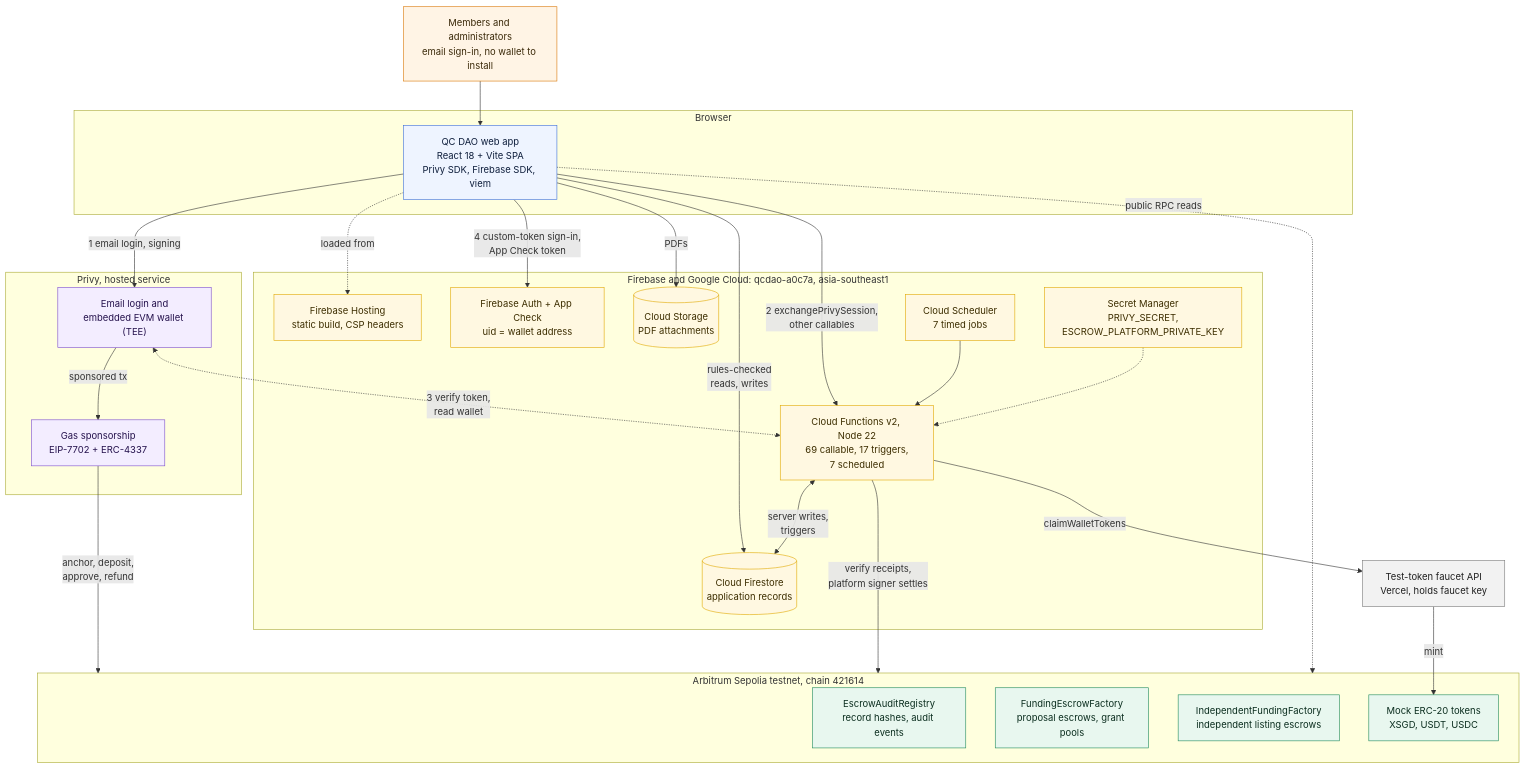
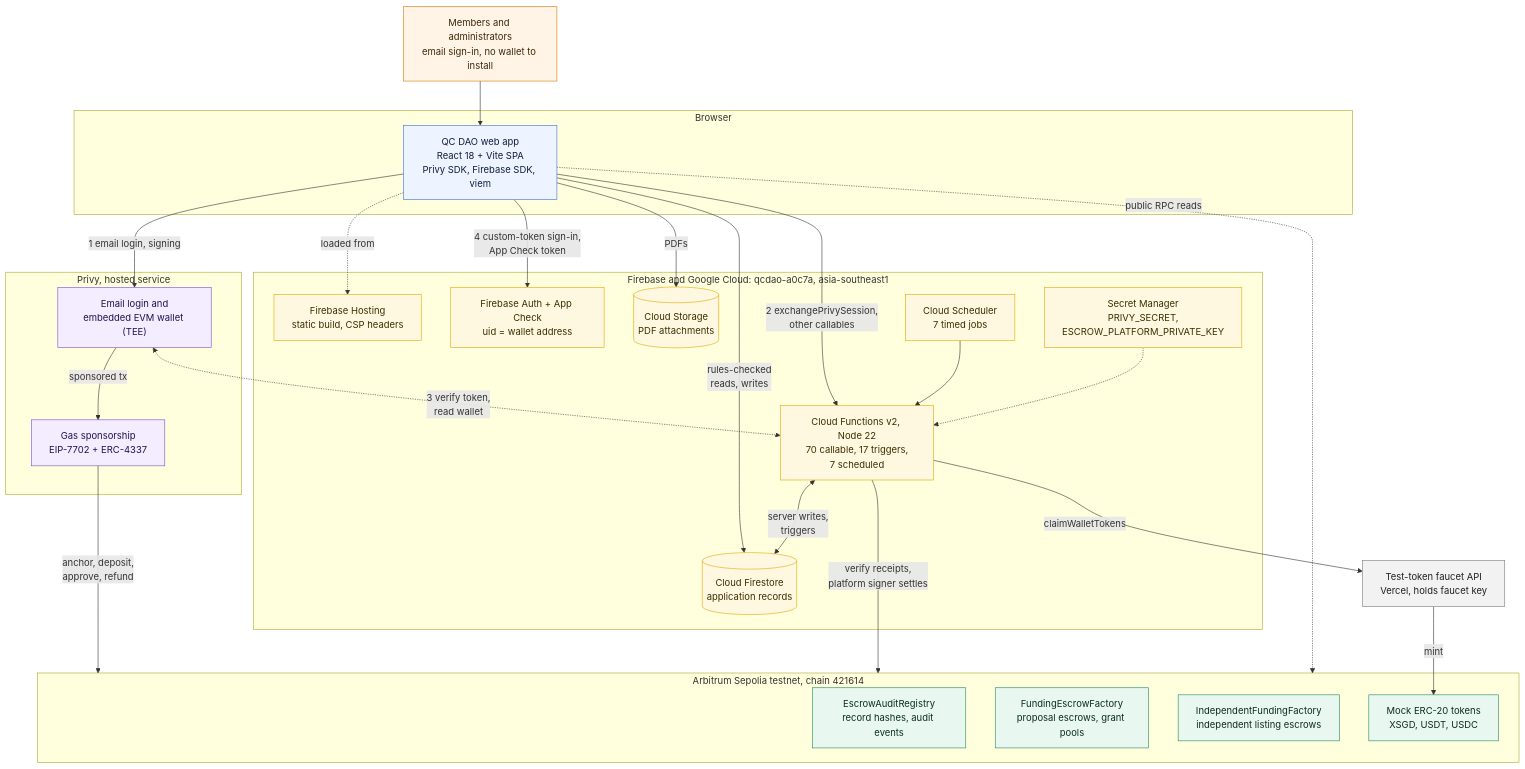
The first of 2 diagrams in gitbook/overview/architecture.md (0xMeePok/smu-qc-dao-project), drawn with Mermaid before and after one commit. The commit also changed other lines of this file and 30 other files, not shown here.

````diff
--- a/gitbook/overview/architecture.md
+++ b/gitbook/overview/architecture.md
@@ -9,63 +9,63 @@
 ```mermaid
 flowchart TB
   users["Members and administrators<br/>email sign-in, no wallet to install"]
 
   subgraph client["Browser"]
     spa["QC DAO web app<br/>React 18 + Vite SPA<br/>Privy SDK, Firebase SDK, viem"]
   end
 
   subgraph privy["Privy, hosted service"]
     plogin["Email login and<br/>embedded EVM wallet (TEE)"]
     pgas["Gas sponsorship<br/>EIP-7702 + ERC-4337"]
   end
 
   subgraph gcp["Firebase and Google Cloud: qcdao-a0c7a, asia-southeast1"]
     hosting["Firebase Hosting<br/>static build, CSP headers"]
     fauth["Firebase Auth + App Check<br/>uid = wallet address"]
     storage[("Cloud Storage<br/>PDF attachments")]
     scheduler["Cloud Scheduler<br/>7 timed jobs"]
     secrets["Secret Manager<br/>PRIVY_SECRET,<br/>ESCROW_PLATFORM_PRIVATE_KEY"]
-    functions["Cloud Functions v2, Node 22<br/>69 callable, 17 triggers,<br/>7 scheduled"]
+    functions["Cloud Functions v2, Node 22<br/>70 callable, 17 triggers,<br/>7 scheduled"]
     firestore[("Cloud Firestore<br/>application records")]
   end
 
   faucet["Test-token faucet API<br/>Vercel, holds faucet key"]
 
   subgraph chain["Arbitrum Sepolia testnet, chain 421614"]
     registry["EscrowAuditRegistry<br/>record hashes, audit events"]
     factory["FundingEscrowFactory<br/>proposal escrows, grant pools"]
     indep["IndependentFundingFactory<br/>independent listing escrows"]
     tokens["Mock ERC-20 tokens<br/>XSGD, USDT, USDC"]
   end
 
   users --> spa
   spa -.->|loaded from| hosting
   spa -->|"1 email login, signing"| plogin
   spa -->|"2 exchangePrivySession,<br/>other callables"| functions
   plogin <-.->|"3 verify token,<br/>read wallet"| functions
   spa -->|"4 custom-token sign-in,<br/>App Check token"| fauth
   spa -->|"rules-checked<br/>reads, writes"| firestore
   spa -->|PDFs| storage
   plogin -->|sponsored tx| pgas
   scheduler --> functions
   secrets -.-> functions
   functions <-->|"server writes,<br/>triggers"| firestore
   functions -->|claimWalletTokens| faucet
   pgas -->|"anchor, deposit,<br/>approve, refund"| chain
   functions -->|"verify receipts,<br/>platform signer settles"| chain
   spa -.->|public RPC reads| chain
   faucet -->|mint| tokens
 
   classDef people fill:#fff4e5,stroke:#d97706,color:#3b2a0a
   classDef browser fill:#eef4ff,stroke:#3b6fd8,color:#0f1f3d
   classDef vendor fill:#f3edff,stroke:#7c4dcc,color:#25124d
   classDef firebase fill:#fff8e1,stroke:#e0a800,color:#3d2e00
   classDef onchain fill:#e8f7ef,stroke:#1f8a5b,color:#0b2e1f
   classDef external fill:#f2f2f2,stroke:#7a7a7a,color:#1f1f1f
   class users people
   class spa browser
   class plogin,pgas vendor
   class hosting,fauth,functions,firestore,storage,secrets,scheduler firebase
   class registry,factory,indep,tokens onchain
   class faucet external
 ```
````
